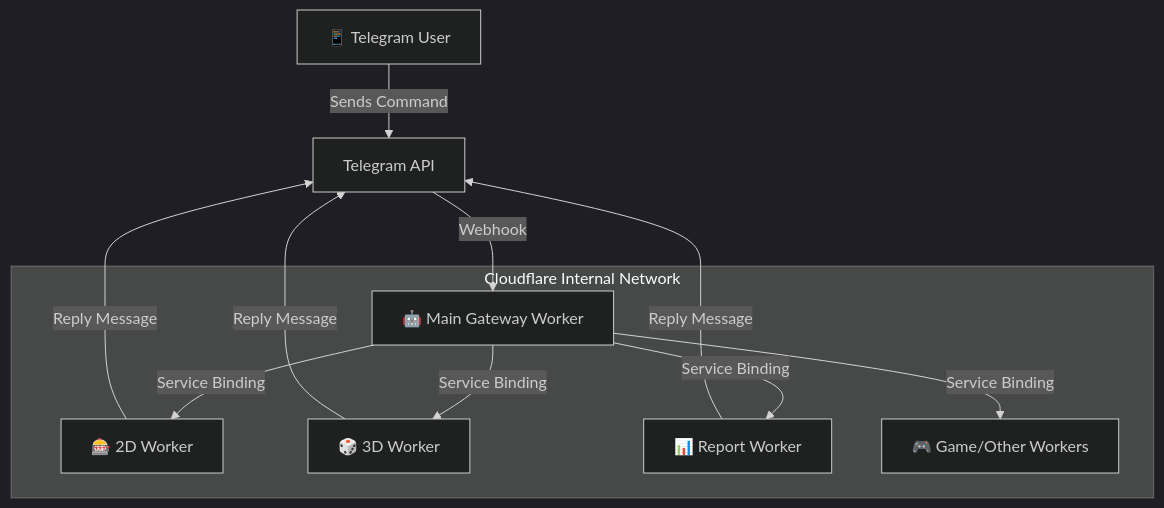
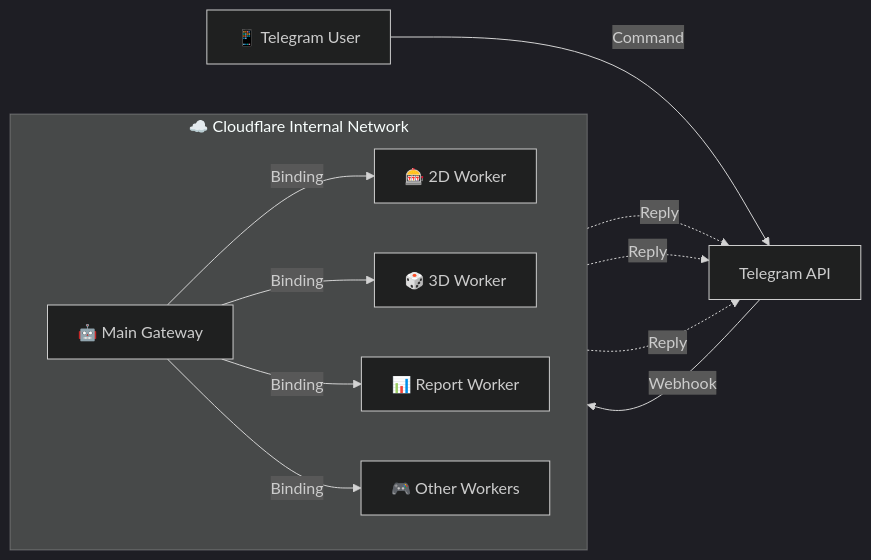
Before and after one commit to myohtetpaing2021/testcf: the diagram in README.md, drawn with Mermaid (dark theme).

````diff
--- a/README.md
+++ b/README.md
@@ -12,18 +12,19 @@
 ```mermaid
-graph TD
-    User[📱 Telegram User] -->|Sends Command| TG[Telegram API]
-    TG -->|Webhook| Gateway[🤖 Main Gateway Worker]
+graph LR
+    User["📱 Telegram User"] -->|Command| TG["Telegram API"]
+    TG -->|Webhook| Gateway["🤖 Main Gateway"]
     
-    subgraph Cloudflare Internal Network
-    Gateway -->|Service Binding| W1[🎰 2D Worker]
-    Gateway -->|Service Binding| W2[🎲 3D Worker]
-    Gateway -->|Service Binding| W3[📊 Report Worker]
-    Gateway -->|Service Binding| W4[🎮 Game/Other Workers]
+    subgraph Cloudflare ["☁️ Cloudflare Internal Network"]
+        direction LR
+        Gateway -->|Binding| W1["🎰 2D Worker"]
+        Gateway -->|Binding| W2["🎲 3D Worker"]
+        Gateway -->|Binding| W3["📊 Report Worker"]
+        Gateway -->|Binding| W4["🎮 Other Workers"]
     end
     
-    W1 -->|Reply Message| TG
-    W2 -->|Reply Message| TG
-    W3 -->|Reply Message| TG
+    W1 -.->|Reply| TG
+    W2 -.->|Reply| TG
+    W3 -.->|Reply| TG
 
 
 ```
````
